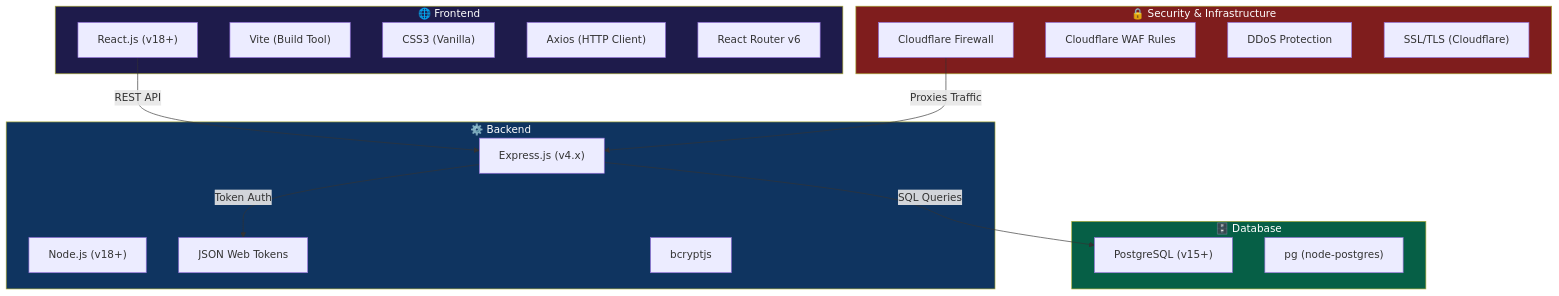
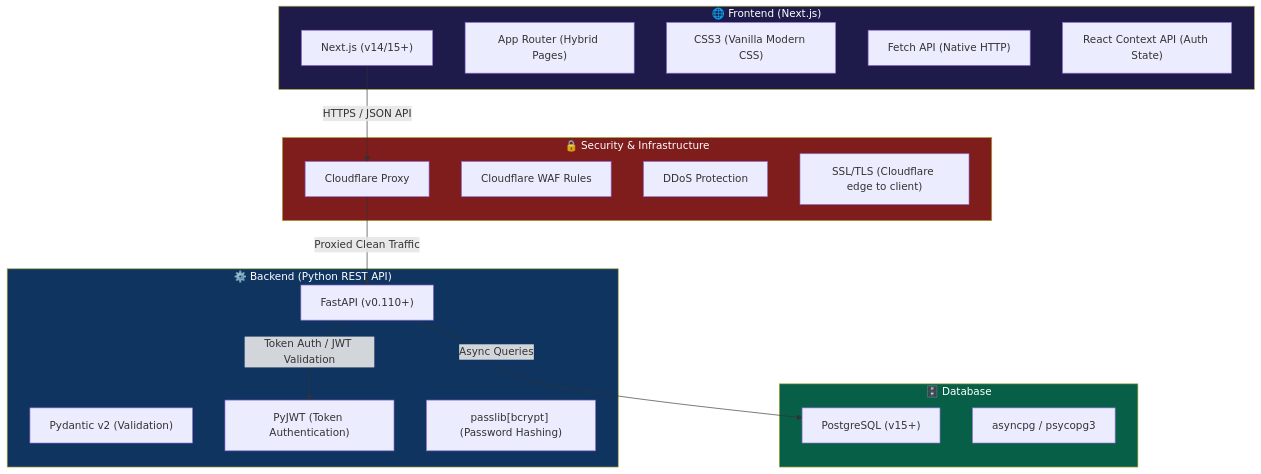
Before and after one commit to algorithnicmind/Bookflow-management: the first of 3 diagrams in docs/09-TRD.md, drawn with Mermaid. The commit also changed other lines of this file and 3 other files, not shown here.

Commit message:
feat: implement FastAPI-based authentication system with JWT, role-based access control, and database models.

````diff
--- a/docs/09-TRD.md
+++ b/docs/09-TRD.md
@@ -11,39 +13,39 @@
 ```mermaid
 graph TB
-    subgraph Frontend["🌐 Frontend"]
-        React["React.js (v18+)"]
-        Vite["Vite (Build Tool)"]
-        CSS["CSS3 (Vanilla)"]
-        Axios["Axios (HTTP Client)"]
-        Router["React Router v6"]
+    subgraph Frontend["🌐 Frontend (Next.js)"]
+        Next["Next.js (v14/15+)"]
+        AppRouter["App Router (Hybrid Pages)"]
+        CSS["CSS3 (Vanilla Modern CSS)"]
+        Fetch["Fetch API (Native HTTP)"]
+        Context["React Context API (Auth State)"]
     end
     
-    subgraph Backend["⚙️ Backend"]
-        Node["Node.js (v18+)"]
-        Express["Express.js (v4.x)"]
-        JWT["JSON Web Tokens"]
-        Bcrypt["bcryptjs"]
+    subgraph Backend["⚙️ Backend (Python REST API)"]
+        FastAPI["FastAPI (v0.110+)"]
+        Pydantic["Pydantic v2 (Validation)"]
+        PyJWT["PyJWT (Token Authentication)"]
+        Passlib["passlib[bcrypt] (Password Hashing)"]
     end
     
     subgraph Database["🗄️ Database"]
         PG["PostgreSQL (v15+)"]
-        PGLib["pg (node-postgres)"]
+        AsyncPG["asyncpg / psycopg3"]
     end
     
     subgraph Security["🔒 Security & Infrastructure"]
-        CF["Cloudflare Firewall"]
+        CF["Cloudflare Proxy"]
         WAF["Cloudflare WAF Rules"]
         DDoS["DDoS Protection"]
-        SSL["SSL/TLS (Cloudflare)"]
+        SSL["SSL/TLS (Cloudflare edge to client)"]
     end
     
-    React -->|REST API| Express
-    Express -->|SQL Queries| PG
-    Express -->|Token Auth| JWT
-    CF -->|Proxies Traffic| Express
+    Next -->|HTTPS / JSON API| CF
+    CF -->|Proxied Clean Traffic| FastAPI
+    FastAPI -->|Token Auth / JWT Validation| PyJWT
+    FastAPI -->|Async Queries| PG
     
     style Frontend fill:#1e1b4b,color:#fff
     style Backend fill:#0f3460,color:#fff
     style Database fill:#065f46,color:#fff
     style Security fill:#7f1d1d,color:#fff
 ```
````
